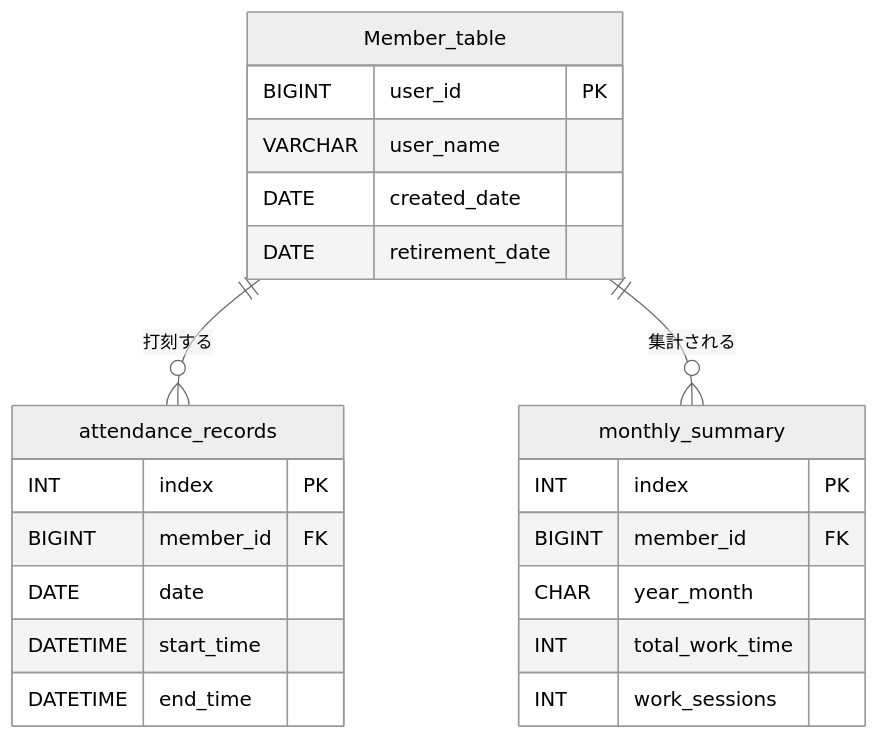
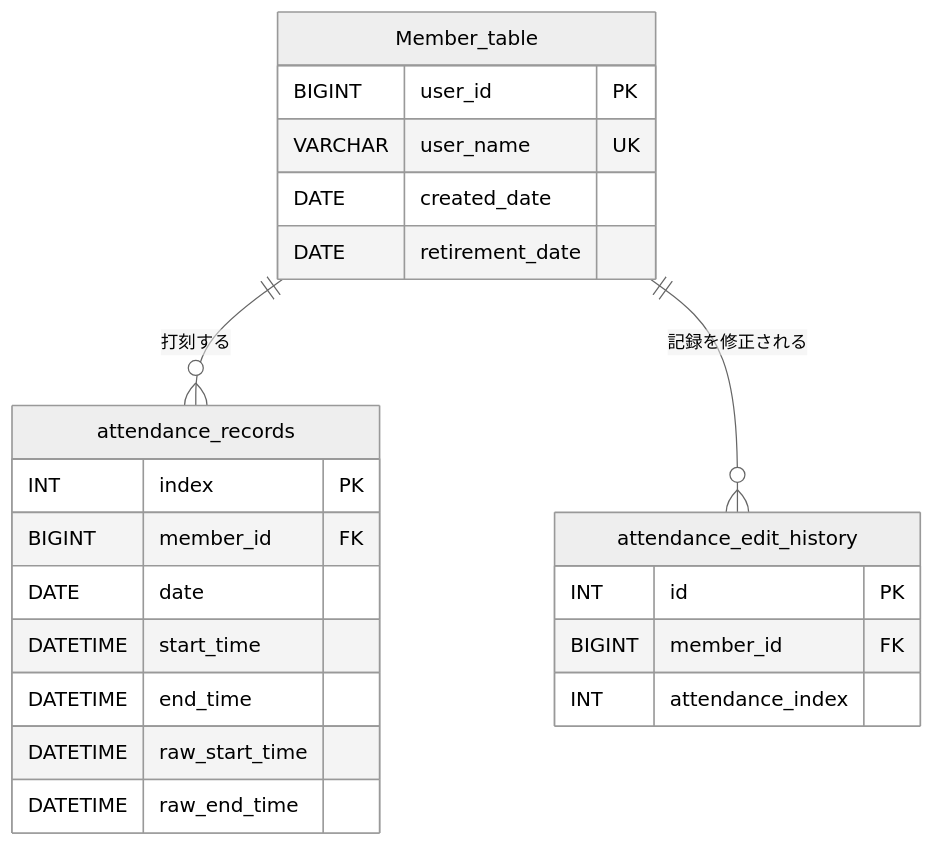
One commit to rabin0630/DiscordWorkLogger changed the second of 2 diagrams in docs/attendance_requirements_and_design/detailed_design.md. Above: the diagram before and after it, drawn with Mermaid (neutral theme). The commit also changed other lines of this file and 1 other file, not shown here.

````diff
--- a/docs/attendance_requirements_and_design/detailed_design.md
+++ b/docs/attendance_requirements_and_design/detailed_design.md
@@ -77,25 +476,25 @@
 ```mermaid
 erDiagram
     Member_table ||--o{ attendance_records : "打刻する"
-    Member_table ||--o{ monthly_summary : "集計される"
+    Member_table ||--o{ attendance_edit_history : "記録を修正される"
     Member_table {
         BIGINT user_id PK
-        VARCHAR user_name
+        VARCHAR user_name UK
         DATE created_date
         DATE retirement_date
     }
     attendance_records {
         INT index PK
         BIGINT member_id FK
         DATE date
         DATETIME start_time
         DATETIME end_time
+        DATETIME raw_start_time
+        DATETIME raw_end_time
     }
-    monthly_summary {
-        INT index PK
+    attendance_edit_history {
+        INT id PK
         BIGINT member_id FK
-        CHAR year_month
-        INT total_work_time
-        INT work_sessions
+        INT attendance_index
     }
 ```
````
